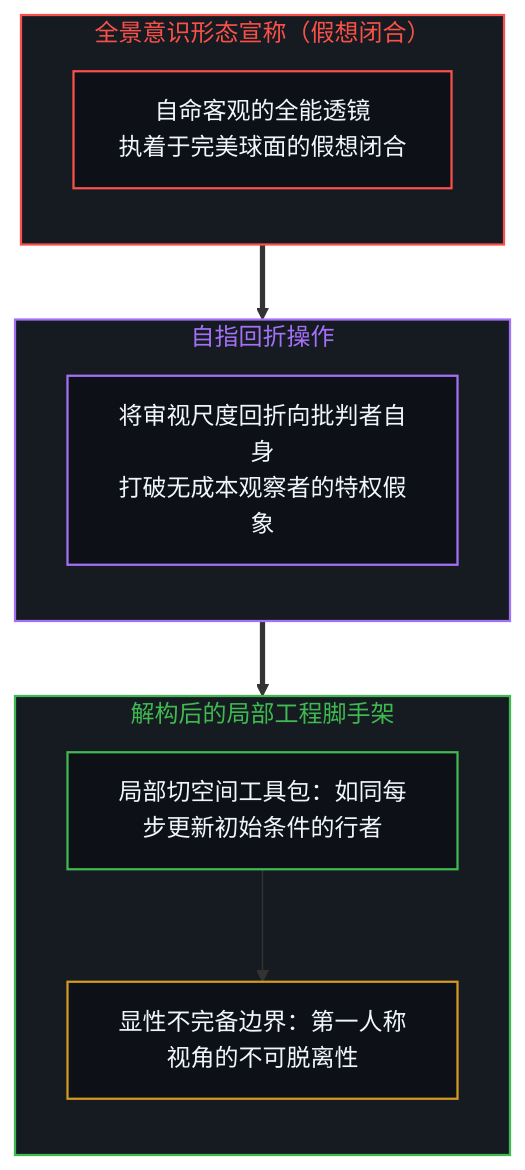
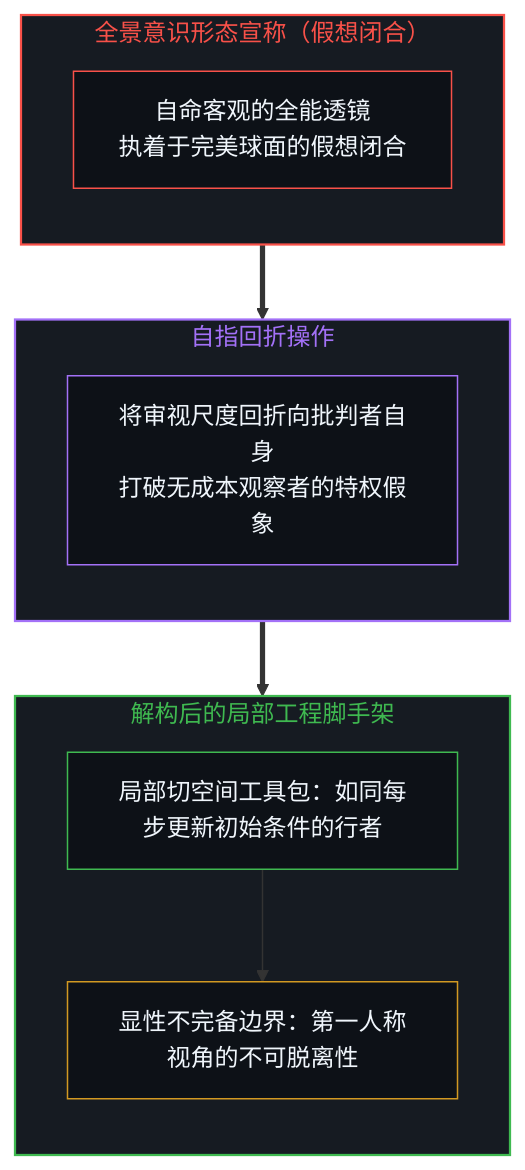
Before and after one commit to powerpig99/not-a-toe: the seventh of 8 diagrams in content/posts/the-unexamined-critic.md, drawn with Mermaid. The commit also changed other lines of this file and 7 other files, not shown here.

````diff
--- a/content/posts/the-unexamined-critic.md
+++ b/content/posts/the-unexamined-critic.md
@@ -210,33 +187,26 @@
 ```mermaid
 flowchart TD
-    classDef default fill:#0d1117,stroke:#30363d,stroke-width:1px,color:#f0f6fc;
-    classDef mind fill:#0d1117,stroke:#3fb950,stroke-width:1.5px,color:#f0f6fc;
-    classDef warn fill:#0d1117,stroke:#d29922,stroke-width:1.5px,color:#f0f6fc;
-    classDef fail fill:#0d1117,stroke:#f85149,stroke-width:1.5px,color:#f0f6fc;
-    classDef model fill:#0d1117,stroke:#58a6ff,stroke-width:1.5px,color:#f0f6fc;
-    classDef purple fill:#0d1117,stroke:#a371f7,stroke-width:1.5px,color:#f0f6fc;
-
     subgraph S_Dogma ["全景意识形态宣称（假想闭合）"]
         direction TB
-        TotalClaim["自命客观的全能透镜<br/>执着于完美球面的假想闭合"]:::fail
+        TotalClaim["自命客观的全能透镜<br/>执着于完美球面的假想闭合"]
     end
-
     subgraph S_Fold ["自指回折操作"]
         direction TB
-        SelfReflect["将审视尺度回折向批判者自身<br/>打破无成本观察者的特权假象"]:::purple
+        SelfReflect["将审视尺度回折向批判者自身<br/>打破无成本观察者的特权假象"]
     end
-
     subgraph S_Instrument ["解构后的局部工程脚手架"]
         direction TB
-        LocalTool["局部切空间工具包：如同每步更新初始条件的行者"]:::mind
-        BoundSign["显性不完备边界：第一人称视角的不可脱离性"]:::warn
+        LocalTool["局部切空间工具包：如同每步更新初始条件的行者"]
+        BoundSign["显性不完备边界：第一人称视角的不可脱离性"]
         LocalTool --> BoundSign
     end
-
     S_Dogma ==> S_Fold
     S_Fold ==> S_Instrument
-
     style S_Dogma fill:#161b22,stroke:#f85149,stroke-width:1.5px,color:#f85149
     style S_Fold fill:#161b22,stroke:#a371f7,stroke-width:1.5px,color:#a371f7
     style S_Instrument fill:#161b22,stroke:#3fb950,stroke-width:1.5px,color:#3fb950
+    style TotalClaim fill:#0d1117,stroke:#f85149,stroke-width:1px,color:#f0f6fc
+    style SelfReflect fill:#0d1117,stroke:#a371f7,stroke-width:1px,color:#f0f6fc
+    style LocalTool fill:#0d1117,stroke:#3fb950,stroke-width:1px,color:#f0f6fc
+    style BoundSign fill:#0d1117,stroke:#d29922,stroke-width:1px,color:#f0f6fc
 ```
````
